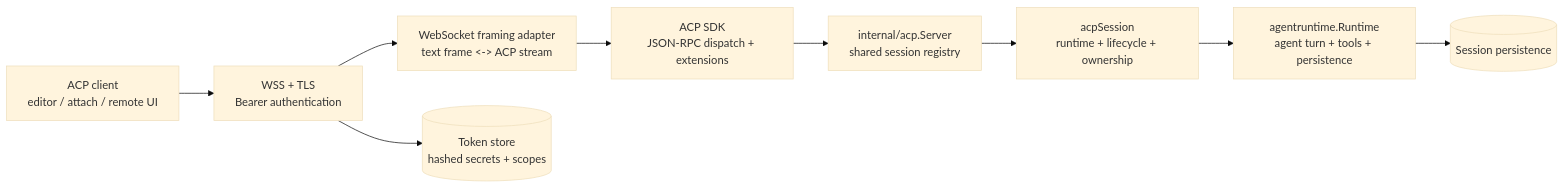
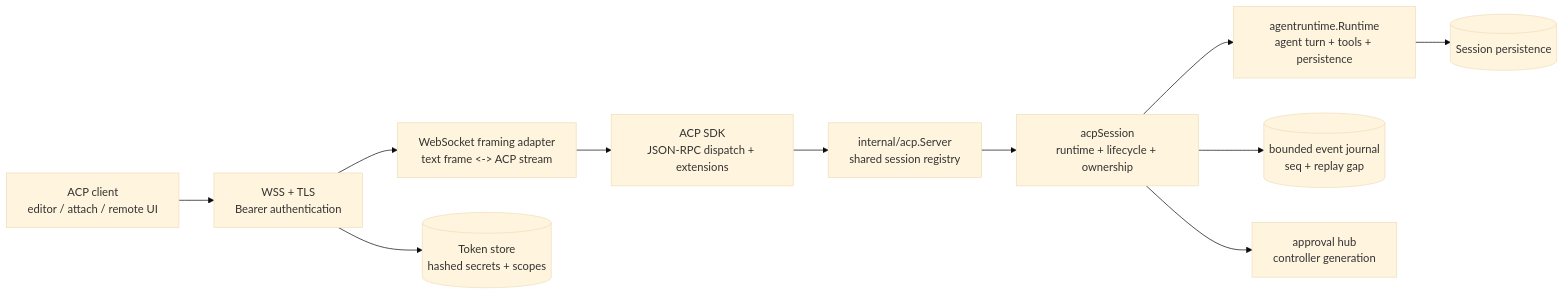
Before and after one commit to yottadynamics/yottacode: the first of 3 diagrams in docs/acp-architecture.md, drawn with Mermaid (base theme). The commit also changed other lines of this file and 11 other files, not shown here.

````diff
--- a/docs/acp-architecture.md
+++ b/docs/acp-architecture.md
@@ -19,16 +19,20 @@
 ```mermaid
 flowchart LR
     Client[ACP client\neditor / attach / remote UI]
     TLS[WSS + TLS\nBearer authentication]
     Adapter[WebSocket framing adapter\ntext frame <-> ACP stream]
     SDK[ACP SDK\nJSON-RPC dispatch + extensions]
     Server[internal/acp.Server\nshared session registry]
     Session[acpSession\nruntime + lifecycle + ownership]
     Runtime[agentruntime.Runtime\nagent turn + tools + persistence]
+    Journal[(bounded event journal\nseq + replay gap)]
+    Approvals[approval hub\ncontroller generation]
     Store[(Session persistence)]
     Tokens[(Token store\nhashed secrets + scopes)]
 
     Client --> TLS --> Adapter --> SDK --> Server --> Session --> Runtime
+    Session --> Journal
+    Session --> Approvals
     Runtime --> Store
     TLS --> Tokens
 ```
````
